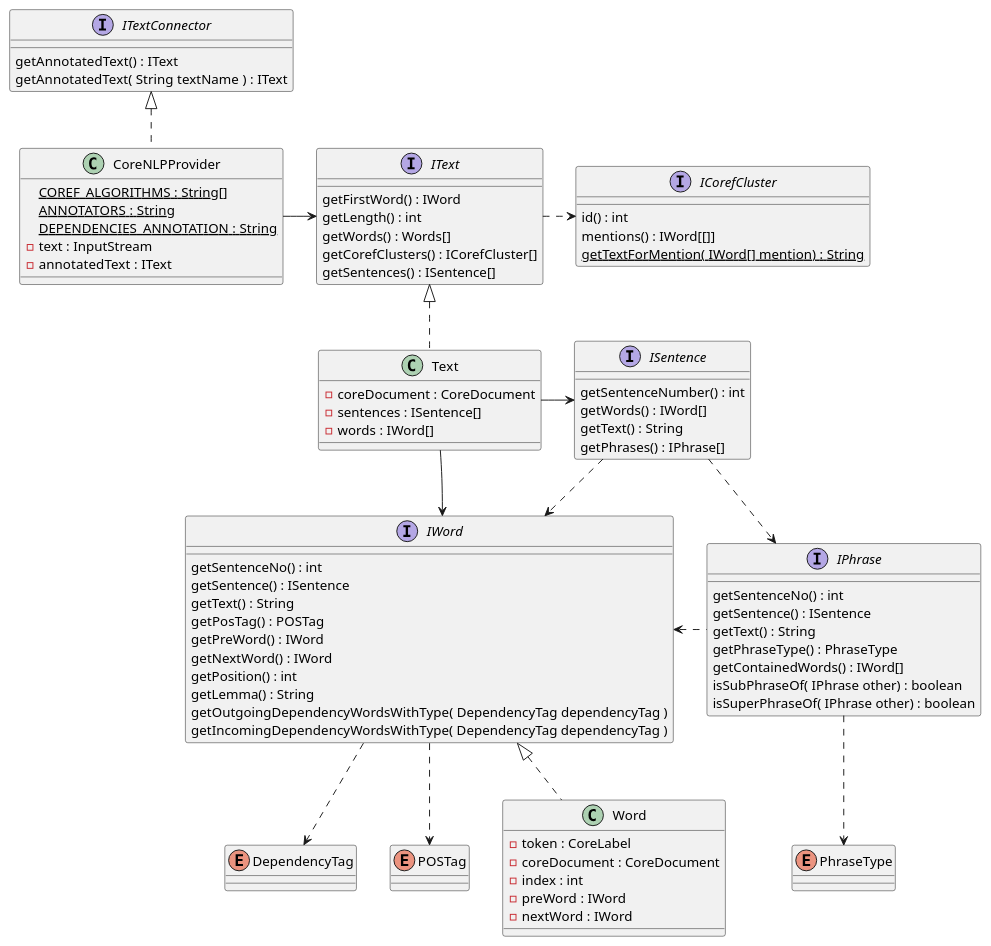
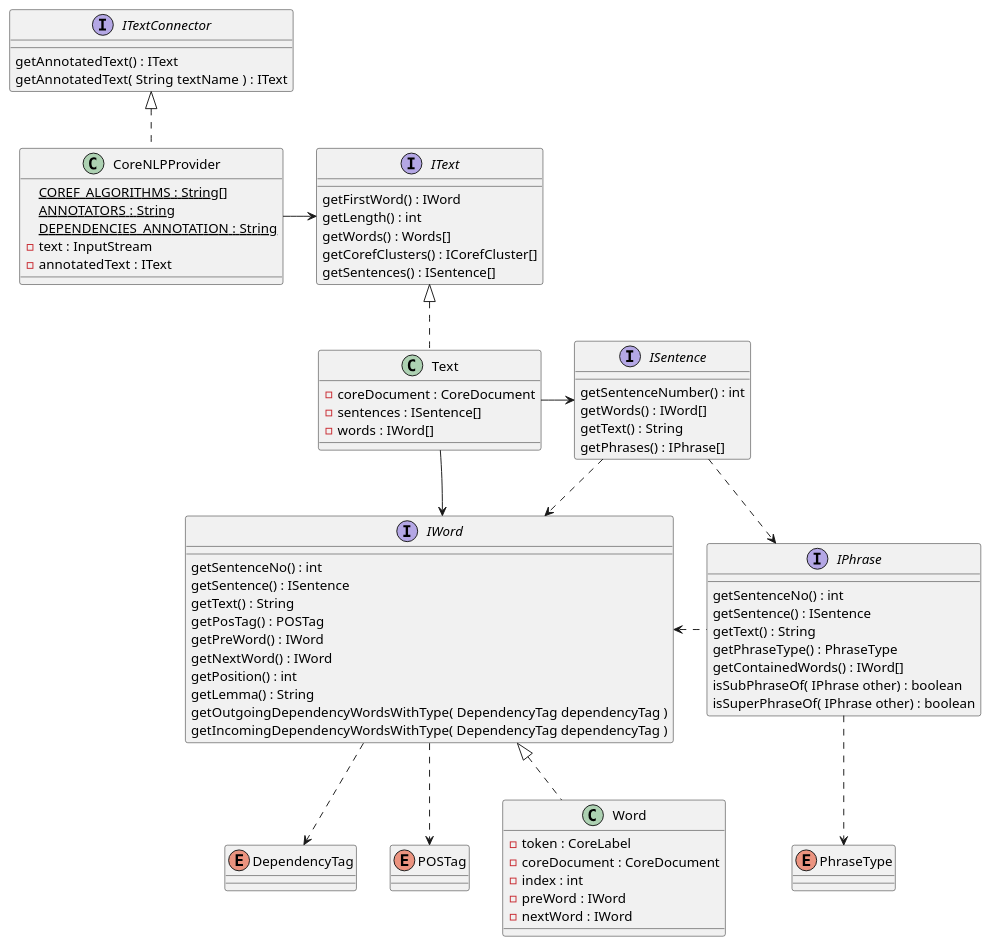
One commit to joedragons/Core changed the diagram in docs/content/data/textData.rst. Above: the diagram before and after it, drawn with PlantUML. The commit also changed other lines of this file, not shown here.

Commit message:
update text data

```diff
--- a/docs/content/data/textData.rst
+++ b/docs/content/data/textData.rst
@@ -17,11 +26,6 @@
         getSentences() : ISentence[]
     }
 
-    interface ICorefCluster{
-        id() : int
-        mentions() : IWord[[]]
-        {static} getTextForMention( IWord[] mention) : String
-    }
 
     interface IPhrase{
         getSentenceNo() : int
@@ -103,5 +107,4 @@
     IPhrase ..> PhraseType
 
 
-    IText .r.> ICorefCluster
     @enduml
```
